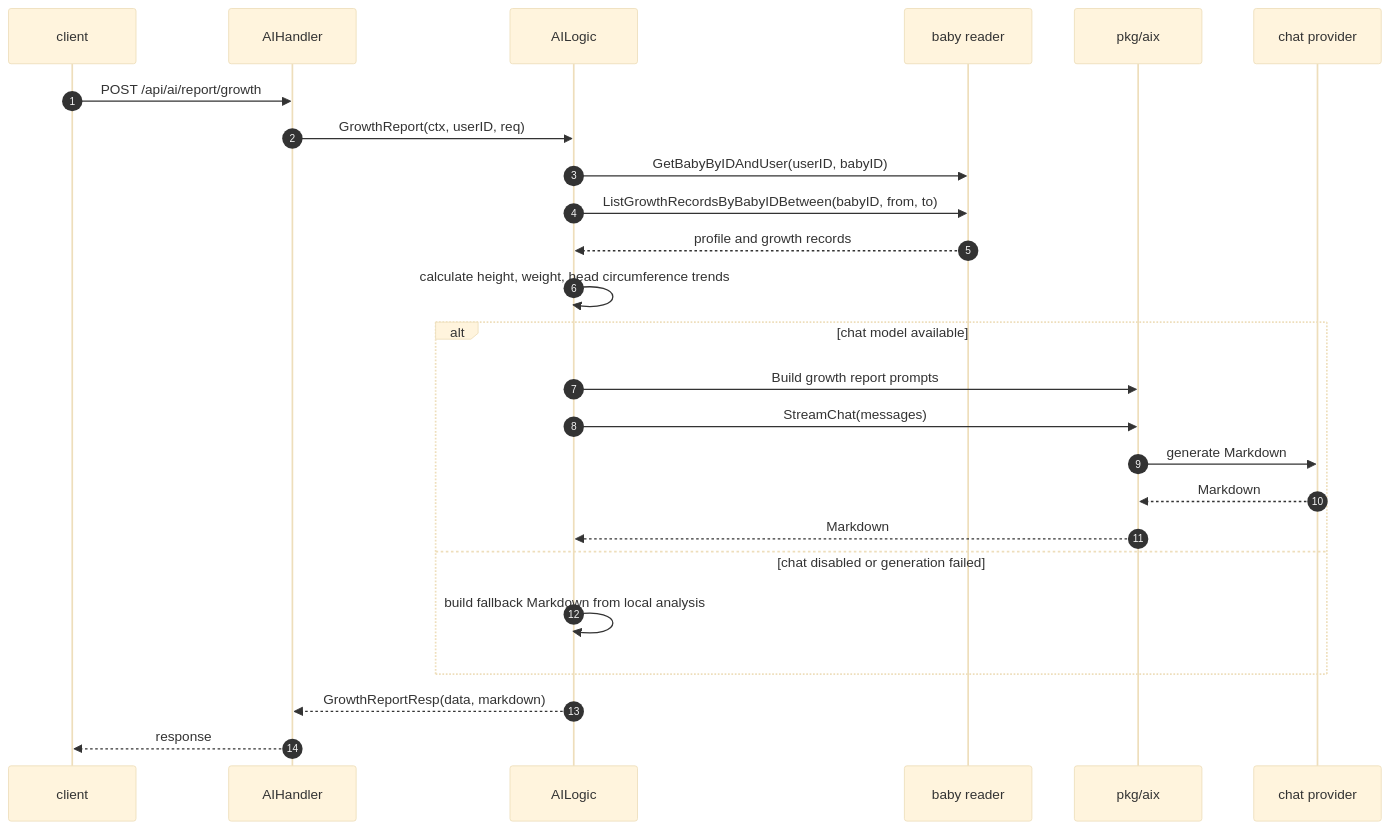
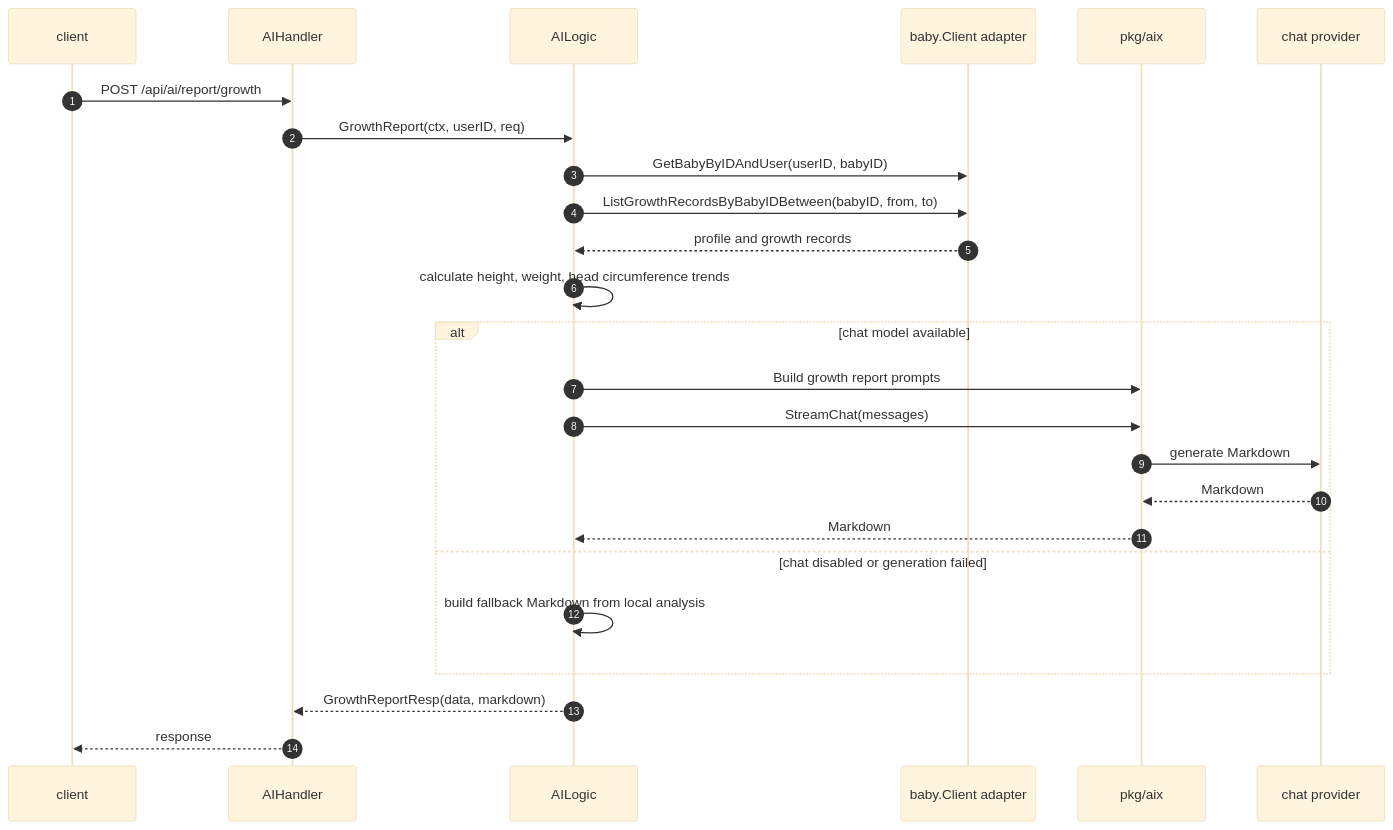
The fourth of 4 diagrams in internal/ai/doc/README.md (Goblin-Master/nurture), drawn with Mermaid (base theme) before and after one commit. The commit also changed other lines of this file and 14 other files, not shown here.

````diff
--- a/internal/ai/doc/README.md
+++ b/internal/ai/doc/README.md
@@ -116,28 +116,28 @@
 ```mermaid
 sequenceDiagram
   autonumber
   participant Client as client
   participant Handler as AIHandler
   participant Logic as AILogic
-  participant Baby as baby reader
+  participant Baby as baby.Client adapter
   participant AIX as pkg/aix
   participant LLM as chat provider
 
   Client->>Handler: POST /api/ai/report/growth
   Handler->>Logic: GrowthReport(ctx, userID, req)
   Logic->>Baby: GetBabyByIDAndUser(userID, babyID)
   Logic->>Baby: ListGrowthRecordsByBabyIDBetween(babyID, from, to)
   Baby-->>Logic: profile and growth records
   Logic->>Logic: calculate height, weight, head circumference trends
   alt chat model available
     Logic->>AIX: Build growth report prompts
     Logic->>AIX: StreamChat(messages)
     AIX->>LLM: generate Markdown
     LLM-->>AIX: Markdown
     AIX-->>Logic: Markdown
   else chat disabled or generation failed
     Logic->>Logic: build fallback Markdown from local analysis
   end
   Logic-->>Handler: GrowthReportResp(data, markdown)
   Handler-->>Client: response
 ```
````
